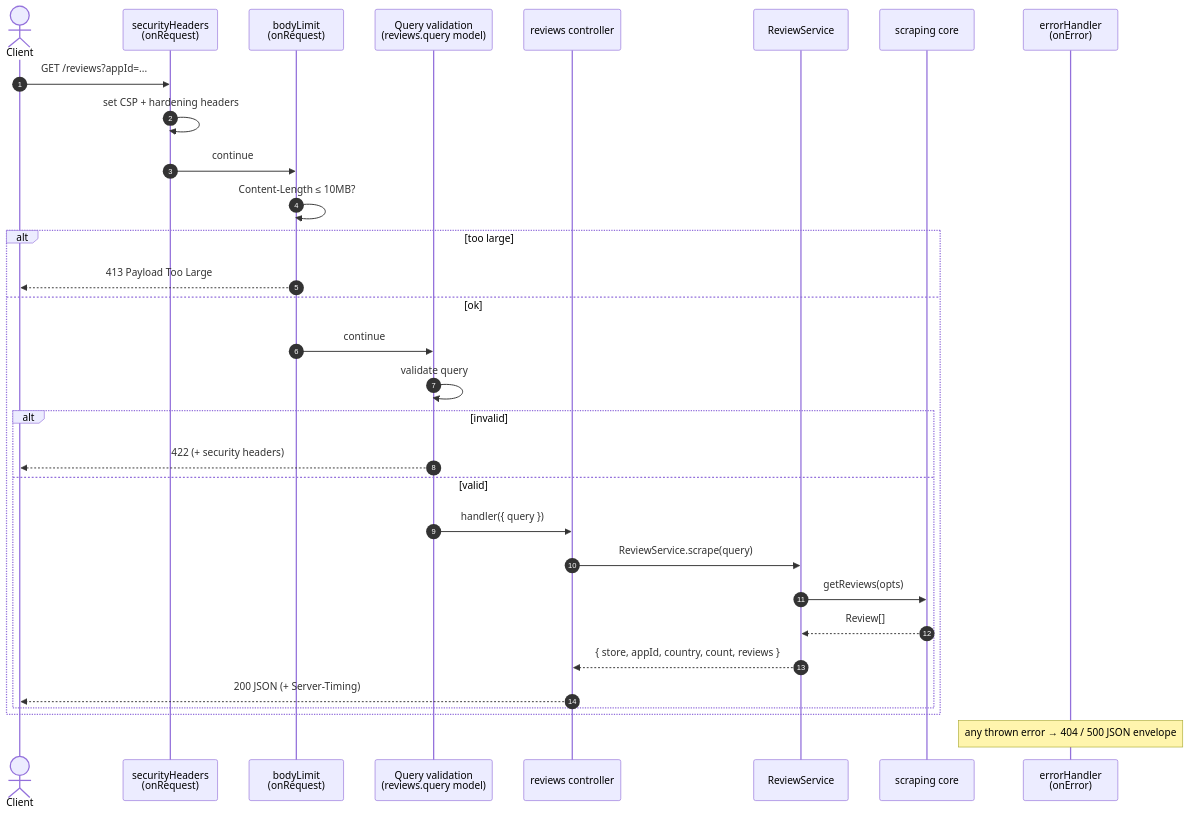
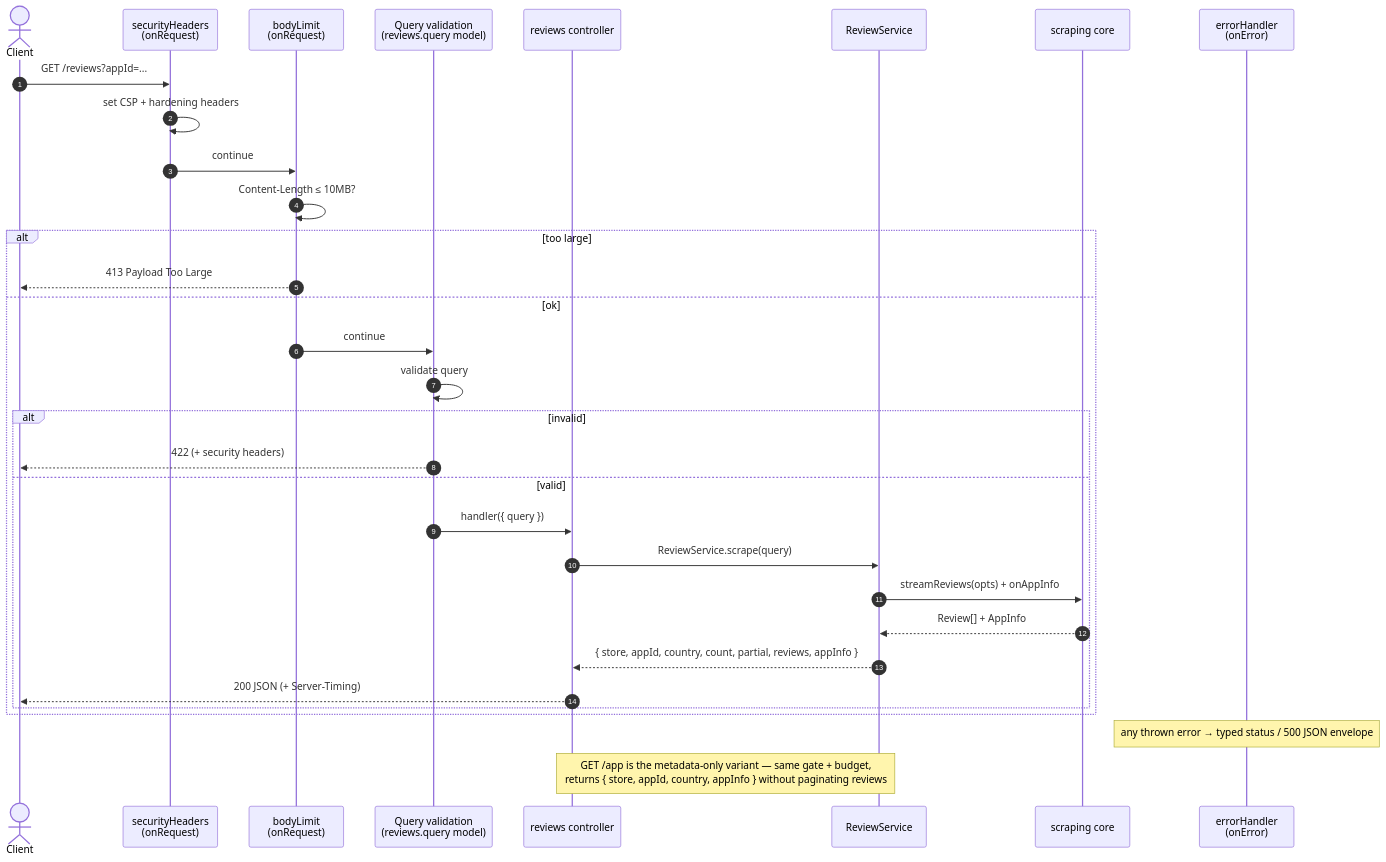
One commit to Hackathon-IA-2026/solucoes-grupo-09 changed the second of 6 diagrams in DIAGRAM.md. Above: the diagram before and after it, drawn with Mermaid. The commit also changed other lines of this file and 20 other files, not shown here.

````diff
--- a/DIAGRAM.md
+++ b/DIAGRAM.md
@@ -51,34 +57,35 @@
 ```mermaid
 sequenceDiagram
   autonumber
   actor Client
   participant SH as securityHeaders<br/>(onRequest)
   participant BL as bodyLimit<br/>(onRequest)
   participant V as Query validation<br/>(reviews.query model)
   participant C as reviews controller
   participant S as ReviewService
   participant Core as scraping core
   participant EH as errorHandler<br/>(onError)
 
   Client->>SH: GET /reviews?appId=...
   SH->>SH: set CSP + hardening headers
   SH->>BL: continue
   BL->>BL: Content-Length ≤ 10MB?
   alt too large
     BL-->>Client: 413 Payload Too Large
   else ok
     BL->>V: continue
     V->>V: validate query
     alt invalid
       V-->>Client: 422 (+ security headers)
     else valid
       V->>C: handler({ query })
       C->>S: ReviewService.scrape(query)
-      S->>Core: getReviews(opts)
-      Core-->>S: Review[]
-      S-->>C: { store, appId, country, count, reviews }
+      S->>Core: streamReviews(opts) + onAppInfo
+      Core-->>S: Review[] + AppInfo
+      S-->>C: { store, appId, country, count, partial, reviews, appInfo }
       C-->>Client: 200 JSON (+ Server-Timing)
     end
   end
-  Note over EH: any thrown error → 404 / 500 JSON envelope
+  Note over EH: any thrown error → typed status / 500 JSON envelope
+  Note over C,S: GET /app is the metadata-only variant — same gate + budget,<br/>returns { store, appId, country, appInfo } without paginating reviews
 ```
````
